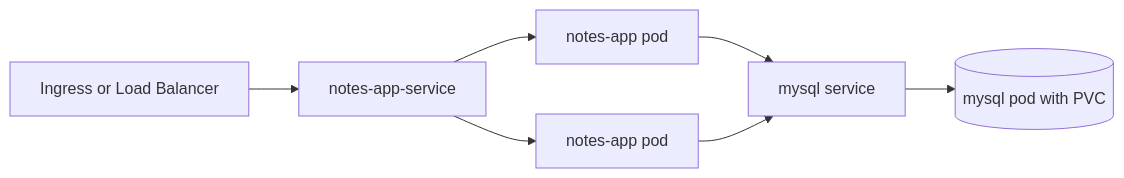
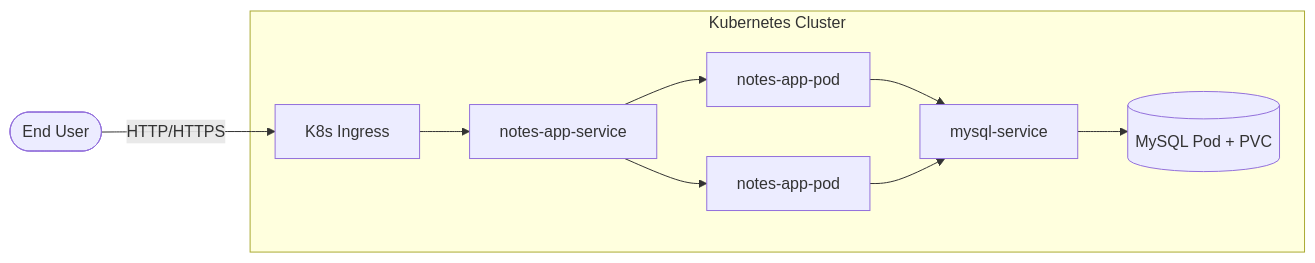
The first of 2 diagrams in README.md (sudarshanvashisht/django-notes-app-k8s), drawn with Mermaid before and after one commit. The commit also changed other lines of this file, not shown here.

````diff
--- a/README.md
+++ b/README.md
@@ -49,9 +31,14 @@
 ```mermaid
 flowchart LR
-    Ingress[Ingress or Load Balancer] --> AppSvc[notes-app-service]
-    AppSvc --> AppPod1[notes-app pod]
-    AppSvc --> AppPod2[notes-app pod]
-    AppPod1 --> MySQLSvc[mysql service]
-    AppPod2 --> MySQLSvc
-    MySQLSvc --> MySQLPod[(mysql pod with PVC)]
+    User([End User]) -->|HTTP/HTTPS| Ingress[K8s Ingress]
+    
+    subgraph Kubernetes Cluster
+        Ingress --> AppSvc[notes-app-service]
+        AppSvc --> Pod1[notes-app-pod]
+        AppSvc --> Pod2[notes-app-pod]
+        
+        Pod1 --> MySqlSvc[mysql-service]
+        Pod2 --> MySqlSvc
+        MySqlSvc --> DB[(MySQL Pod + PVC)]
+    end
 ```
````
